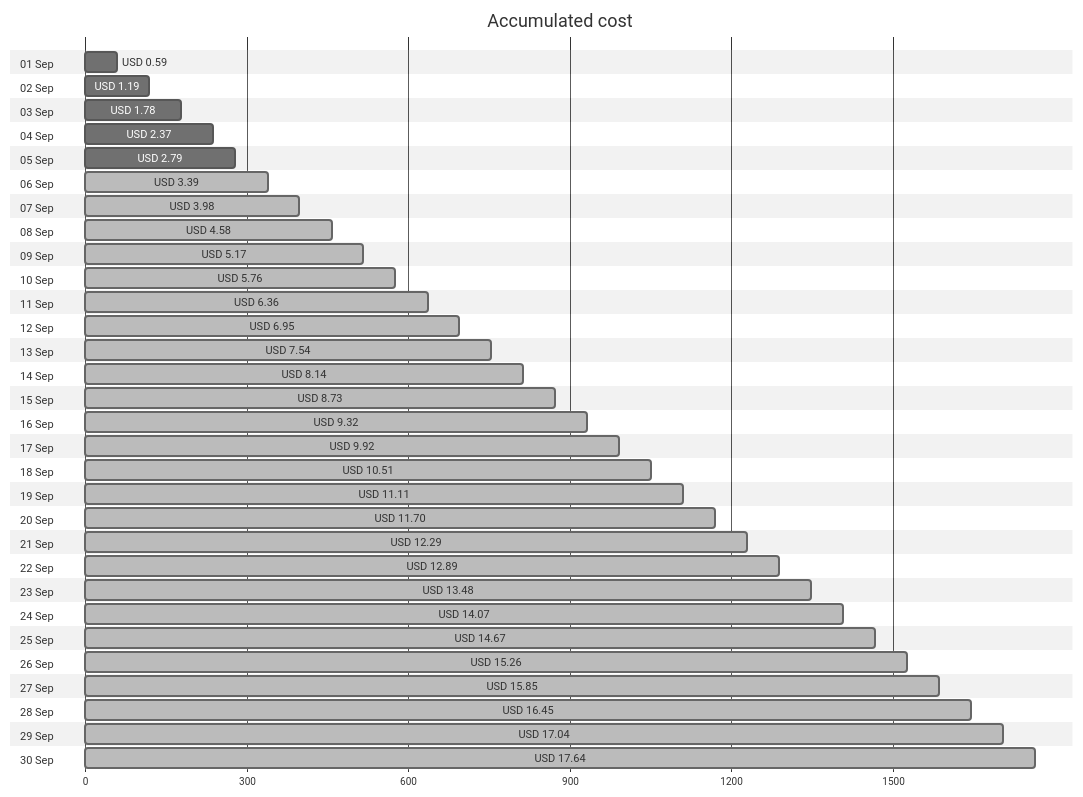
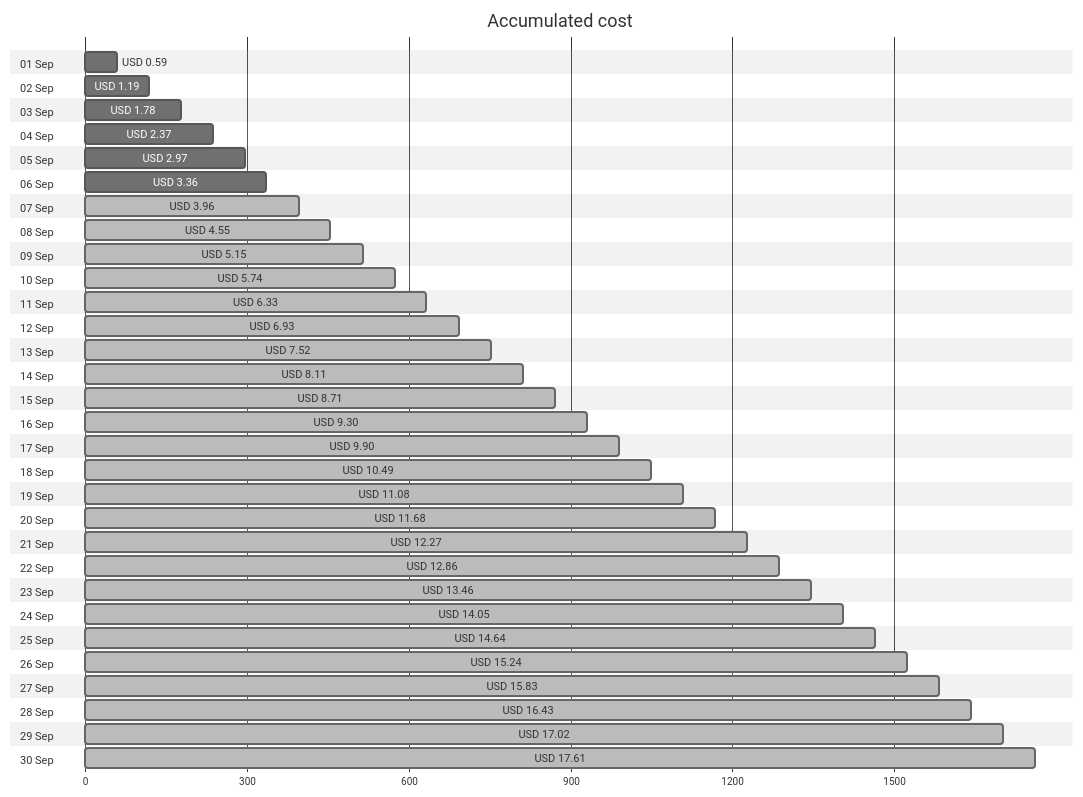
One commit to jpfulton/azure-personal-reports changed the first of 4 diagrams in cost-reports/personal-site/README.md. Above: the diagram before and after it, drawn with Mermaid (neutral theme). The commit also changed other lines of this file and 6 other files, not shown here.

````diff
--- a/cost-reports/personal-site/README.md
+++ b/cost-reports/personal-site/README.md
@@ -20,66 +20,66 @@
 ```mermaid
 gantt
    title Accumulated cost
    dateFormat  X
    axisFormat %s
    section 01 Sep
    USD 0.59 :0, 59
    section 02 Sep
    USD 1.19 :0, 119
    section 03 Sep
    USD 1.78 :0, 178
    section 04 Sep
    USD 2.37 :0, 237
    section 05 Sep
-   USD 2.79 :0, 279
+   USD 2.97 :0, 297
    section 06 Sep
-   USD 3.39 : done, 0, 339
+   USD 3.36 :0, 336
    section 07 Sep
-   USD 3.98 : done, 0, 398
+   USD 3.96 : done, 0, 396
    section 08 Sep
-   USD 4.58 : done, 0, 458
+   USD 4.55 : done, 0, 455
    section 09 Sep
-   USD 5.17 : done, 0, 517
+   USD 5.15 : done, 0, 515
    section 10 Sep
-   USD 5.76 : done, 0, 576
+   USD 5.74 : done, 0, 574
    section 11 Sep
-   USD 6.36 : done, 0, 636
+   USD 6.33 : done, 0, 633
    section 12 Sep
-   USD 6.95 : done, 0, 695
+   USD 6.93 : done, 0, 693
    section 13 Sep
-   USD 7.54 : done, 0, 754
+   USD 7.52 : done, 0, 752
    section 14 Sep
-   USD 8.14 : done, 0, 814
+   USD 8.11 : done, 0, 811
    section 15 Sep
-   USD 8.73 : done, 0, 873
+   USD 8.71 : done, 0, 871
    section 16 Sep
-   USD 9.32 : done, 0, 932
+   USD 9.30 : done, 0, 930
    section 17 Sep
-   USD 9.92 : done, 0, 992
+   USD 9.90 : done, 0, 990
    section 18 Sep
-   USD 10.51 : done, 0, 1051
+   USD 10.49 : done, 0, 1049
    section 19 Sep
-   USD 11.11 : done, 0, 1111
+   USD 11.08 : done, 0, 1108
    section 20 Sep
-   USD 11.70 : done, 0, 1170
+   USD 11.68 : done, 0, 1168
    section 21 Sep
-   USD 12.29 : done, 0, 1229
+   USD 12.27 : done, 0, 1227
    section 22 Sep
-   USD 12.89 : done, 0, 1289
+   USD 12.86 : done, 0, 1286
    section 23 Sep
-   USD 13.48 : done, 0, 1348
+   USD 13.46 : done, 0, 1346
    section 24 Sep
-   USD 14.07 : done, 0, 1407
+   USD 14.05 : done, 0, 1405
    section 25 Sep
-   USD 14.67 : done, 0, 1467
+   USD 14.64 : done, 0, 1464
    section 26 Sep
-   USD 15.26 : done, 0, 1526
+   USD 15.24 : done, 0, 1524
    section 27 Sep
-   USD 15.85 : done, 0, 1585
+   USD 15.83 : done, 0, 1583
    section 28 Sep
-   USD 16.45 : done, 0, 1645
+   USD 16.43 : done, 0, 1643
    section 29 Sep
-   USD 17.04 : done, 0, 1704
+   USD 17.02 : done, 0, 1702
    section 30 Sep
-   USD 17.64 : done, 0, 1764
+   USD 17.61 : done, 0, 1761
 ```
````
